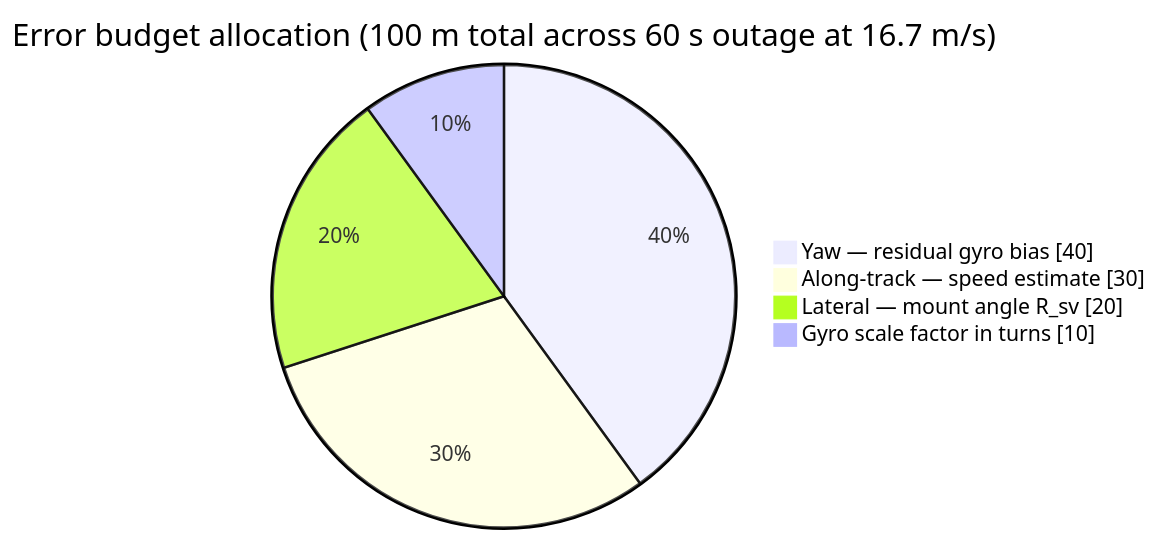
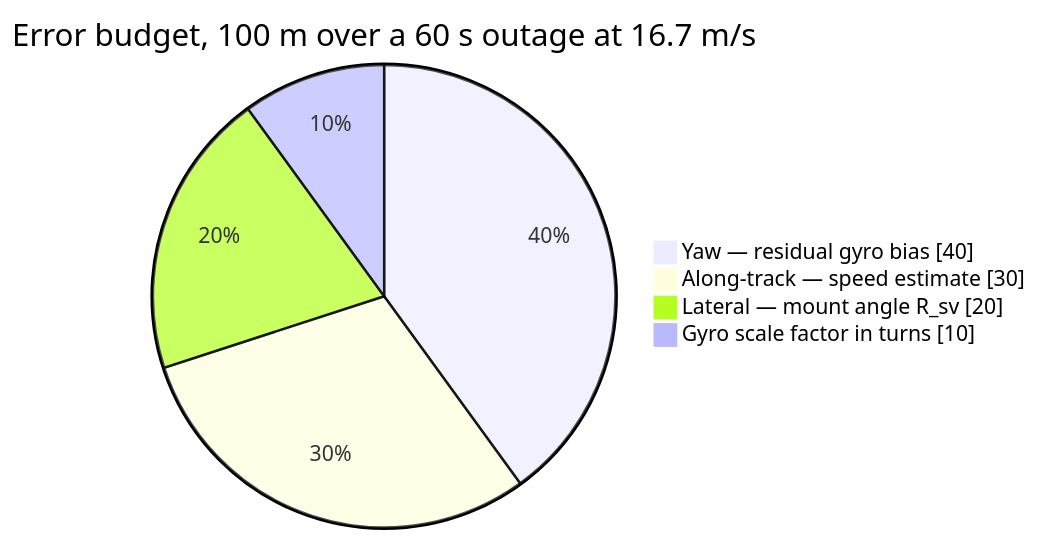
The second of 2 diagrams in README.md (sushant-mishra-dtu/SIH-26168), drawn with Mermaid before and after one commit. The commit also changed other lines of this file and 1 other file, not shown here.

````diff
--- a/README.md
+++ b/README.md
@@ -88,8 +128,8 @@
 ```mermaid
 pie showData
-    title Error budget allocation (100 m total across 60 s outage at 16.7 m/s)
+    title Error budget, 100 m over a 60 s outage at 16.7 m/s
     "Yaw — residual gyro bias" : 40
     "Along-track — speed estimate" : 30
     "Lateral — mount angle R_sv" : 20
     "Gyro scale factor in turns" : 10
 ```
````
